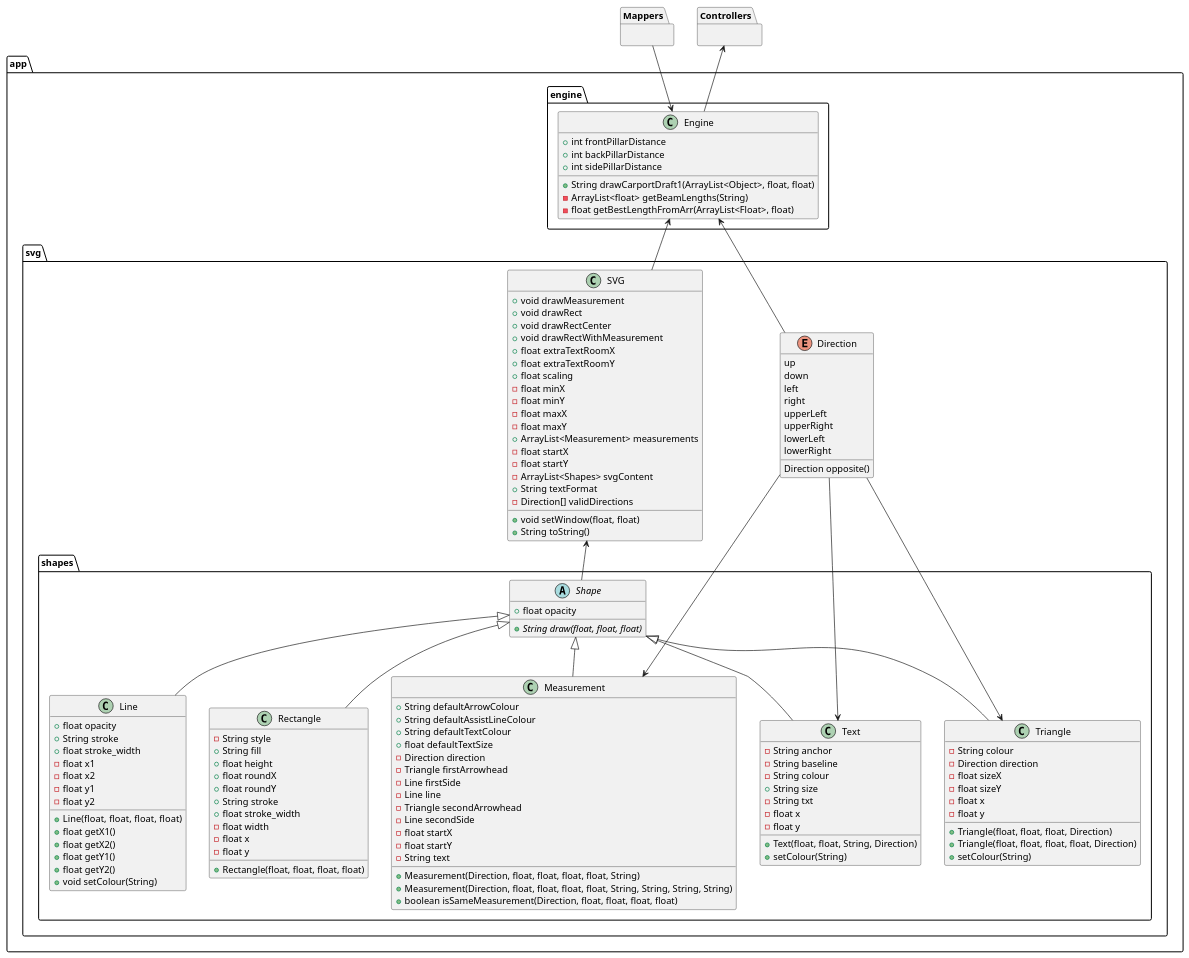
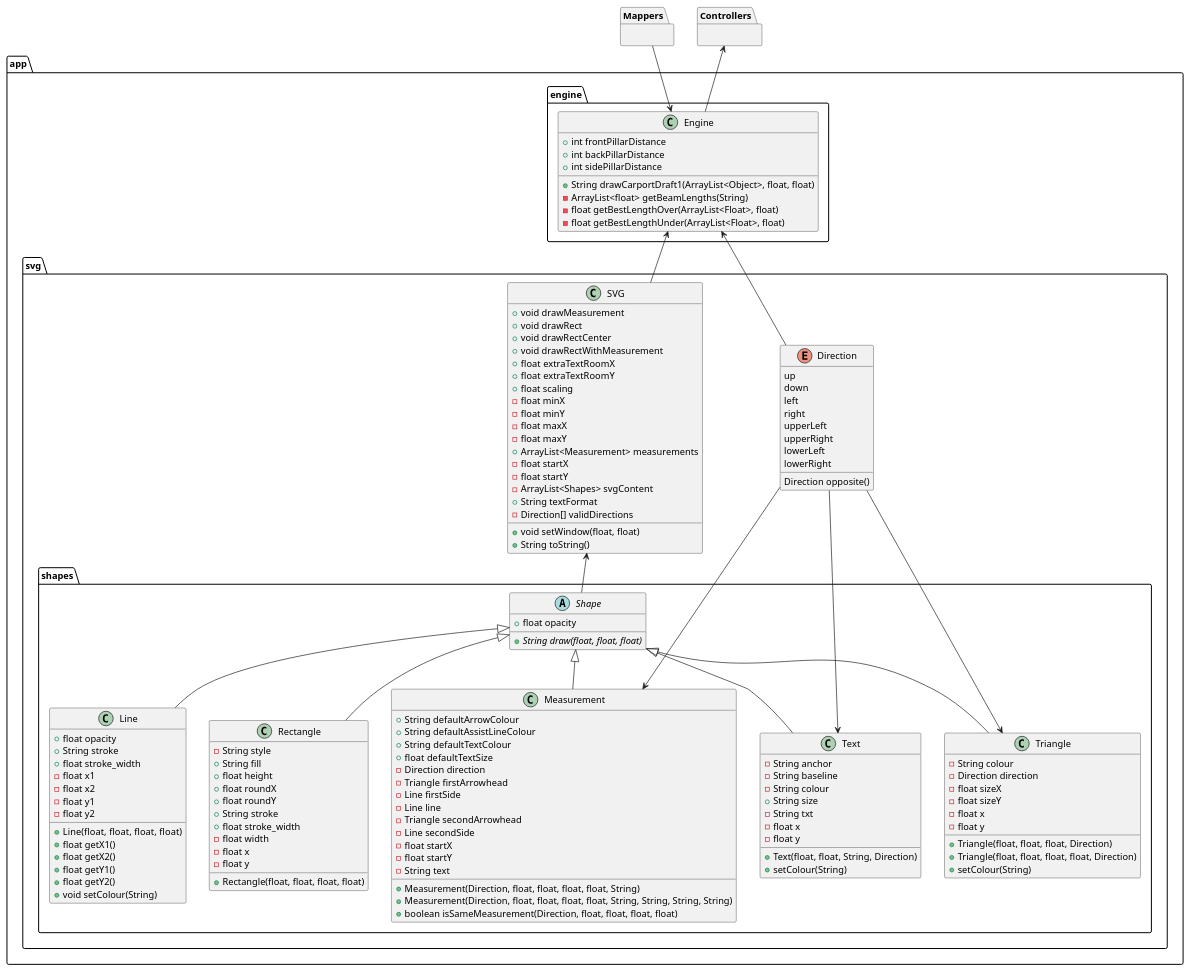
Before and after one commit to SirRolin/Carport---GroupB: the diagram in docs/UML/To-Be/Class Diagram/Engine.puml, drawn with PlantUML. The commit also changed 5 other files, not shown here.

```diff
--- a/docs/UML/To-Be/Class Diagram/Engine.puml
+++ b/docs/UML/To-Be/Class Diagram/Engine.puml
@@ -1,134 +1,135 @@
 @startuml
 'https://plantuml.com/class-diagram
 
 package Mappers {}
 package Controllers {}
 package app.svg.shapes {
     abstract class Shape {
         + float opacity
         + {abstract} String draw(float, float, float)
     }
     class Line Extends Shape {
         + Line(float, float, float,  float)
         + float getX1()
         + float getX2()
         + float getY1()
         + float getY2()
         + void setColour(String)
         + float opacity
         + String stroke
         + float stroke_width
         - float x1
         - float x2
         - float y1
         - float y2
     }
     class Rectangle Extends Shape {
         + Rectangle(float, float, float, float)
         - String style
         + String fill
         + float height
         + float roundX
         + float roundY
         + String stroke
         + float stroke_width
         - float width
         - float x
         - float y
     }
     class Text Extends Shape {
         + Text(float, float, String, Direction)
         + setColour(String)
         - String anchor
         - String baseline
         - String colour
         + String size
         - String txt
         - float x
         - float y
     }
     class Triangle Extends Shape {
         + Triangle(float, float, float, Direction)
         + Triangle(float, float, float, float, Direction)
         + setColour(String)
         - String colour
         - Direction direction
         - float sizeX
         - float sizeY
         - float x
         - float y
     }
     class Measurement Extends Shape {
         + Measurement(Direction, float, float, float, float, String)
         + Measurement(Direction, float, float, float, float, String, String, String, String)
         + boolean isSameMeasurement(Direction, float, float, float, float)
         + String defaultArrowColour
         + String defaultAssistLineColour
         + String defaultTextColour
         + float defaultTextSize
         - Direction direction
         - Triangle firstArrowhead
         - Line firstSide
         - Line line
         - Triangle secondArrowhead
         - Line secondSide
         - float startX
         - float startY
         - String text
     }
 }
 package app.svg {
     enum Direction {
         up
         down
         left
         right
         upperLeft
         upperRight
         lowerLeft
         lowerRight
         Direction opposite()
     }
     class SVG {
         + void setWindow(float, float)
         + void drawMeasurement
         + void drawRect
         + void drawRectCenter
         + void drawRectWithMeasurement
         + String toString()
         + float extraTextRoomX
         + float extraTextRoomY
         + float scaling
         - float minX
         - float minY
         - float maxX
         - float maxY
         + ArrayList<Measurement> measurements
         - float startX
         - float startY
         - ArrayList<Shapes> svgContent
         + String textFormat
         - Direction[] validDirections
     }
 }
 package app.engine {
     class Engine {
         + String drawCarportDraft1(ArrayList<Object>, float, float)
         - ArrayList<float> getBeamLengths(String)
-        - float getBestLengthFromArr(ArrayList<Float>, float)
+        - float getBestLengthOver(ArrayList<Float>, float)
+        - float getBestLengthUnder(ArrayList<Float>, float)
         + int frontPillarDistance
         + int backPillarDistance
         + int sidePillarDistance
     }
 }
 
 Mappers --> Engine
 Controllers <-- Engine
 SVG -up-> Engine
 SVG <-- Shape
 Direction ---> Triangle
 Direction --> Measurement
 Direction --> Text
 Engine <-- Direction
 
 @enduml
```
